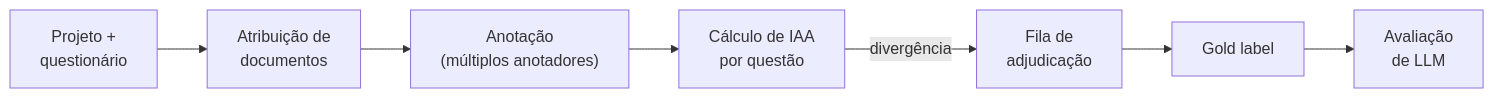
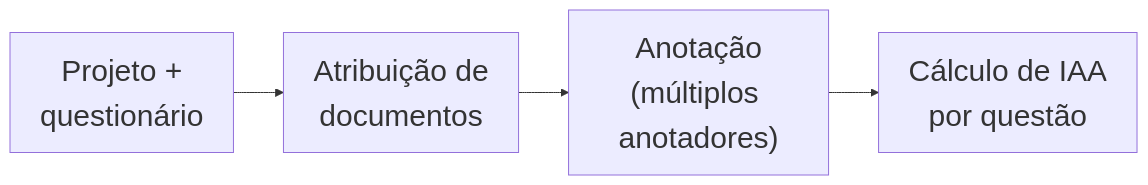
One commit to jjesusfilho/legalanno-apresentacao changed the first of 2 diagrams in apresentacao.qmd. Above: the diagram before and after it, drawn with Mermaid. The commit also changed other lines of this file, not shown here.

Commit message:
fix: corrige diagrama do fluxo (quebras de linha e tamanho ilegível)

````diff
--- a/apresentacao.qmd
+++ b/apresentacao.qmd
@@ -45,10 +45,5 @@
 ```{mermaid}
-%%| fig-width: 9
+%%{init: {'theme': 'default', 'themeVariables': {'fontSize': '30px'}}}%%
 flowchart LR
-    A["Projeto +\nquestionário"] --> B["Atribuição de\ndocumentos"]
-    B --> C["Anotação\n(múltiplos anotadores)"]
-    C --> D["Cálculo de IAA\npor questão"]
-    D -->|"divergência"| E["Fila de\nadjudicação"]
-    E --> F["Gold label"]
-    F --> G["Avaliação\nde LLM"]
+    A["Projeto +<br/>questionário"] --> B["Atribuição de<br/>documentos"] --> C["Anotação<br/>(múltiplos anotadores)"] --> D["Cálculo de IAA<br/>por questão"]
 ```
````
